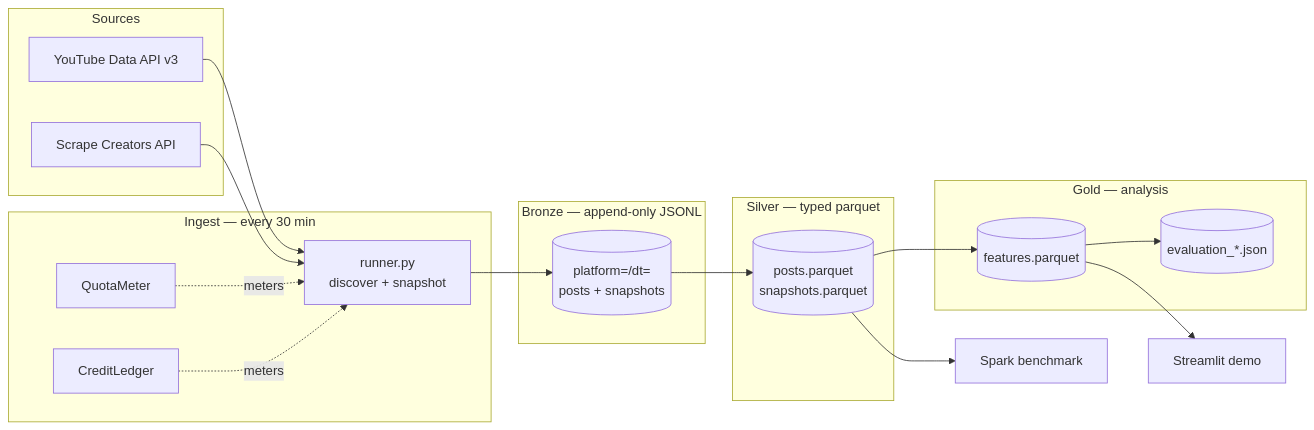
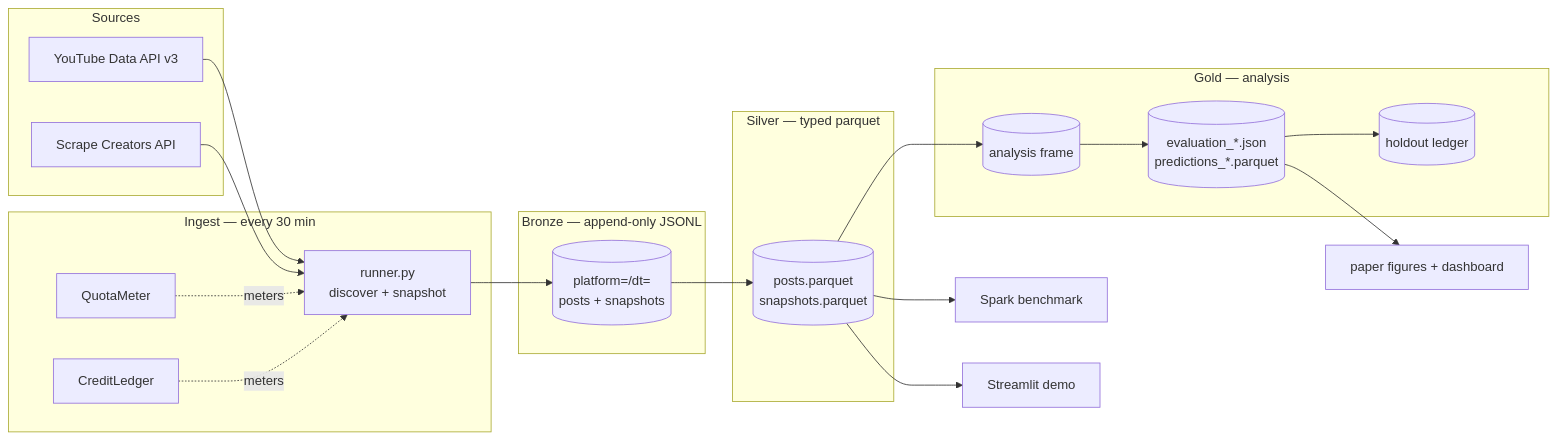
The diagram in paper/bda/report.md (BaconKage/content-death-clock), drawn with Mermaid before and after one commit. The commit also changed other lines of this file and 1 other file, not shown here.

First line of the commit message:
bda report: final figures, re-run benchmark, and the incidents it was missing

````diff
--- a/paper/bda/report.md
+++ b/paper/bda/report.md
@@ -47,29 +53,32 @@
 ```mermaid
 flowchart LR
   subgraph Sources
     YT[YouTube Data API v3]
     IG[Scrape Creators API]
   end
   subgraph Ingest["Ingest — every 30 min"]
     R[runner.py<br/>discover + snapshot]
     Q[QuotaMeter]
     L[CreditLedger]
   end
   subgraph Bronze["Bronze — append-only JSONL"]
     B[(platform=/dt=<br/>posts + snapshots)]
   end
   subgraph Silver["Silver — typed parquet"]
     S[(posts.parquet<br/>snapshots.parquet)]
   end
   subgraph Gold["Gold — analysis"]
-    F[(features.parquet)]
-    E[(evaluation_*.json)]
+    F[(analysis frame)]
+    E[(evaluation_*.json<br/>predictions_*.parquet)]
+    H[(holdout ledger)]
   end
   YT --> R
   IG --> R
   Q -.meters.-> R
   L -.meters.-> R
   R --> B --> S --> F --> E
+  E --> H
   S --> BENCH[Spark benchmark]
-  F --> APP[Streamlit demo]
+  E --> FIG[paper figures + dashboard]
+  S --> APP[Streamlit demo]
 ```
````
